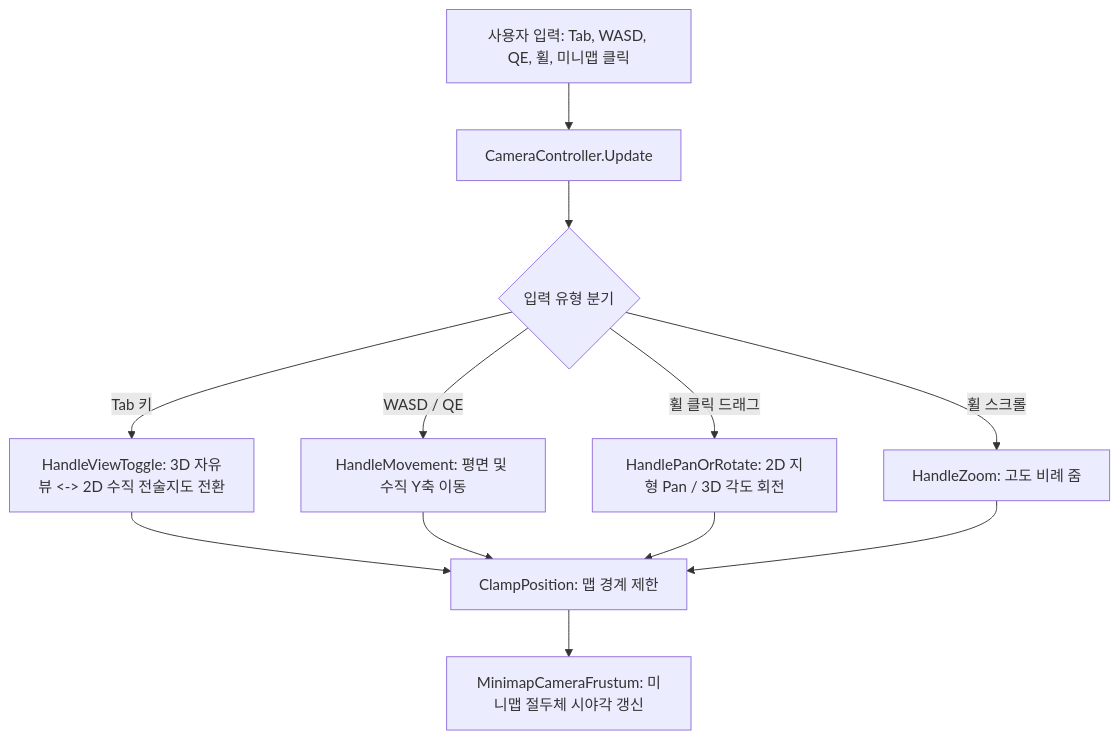
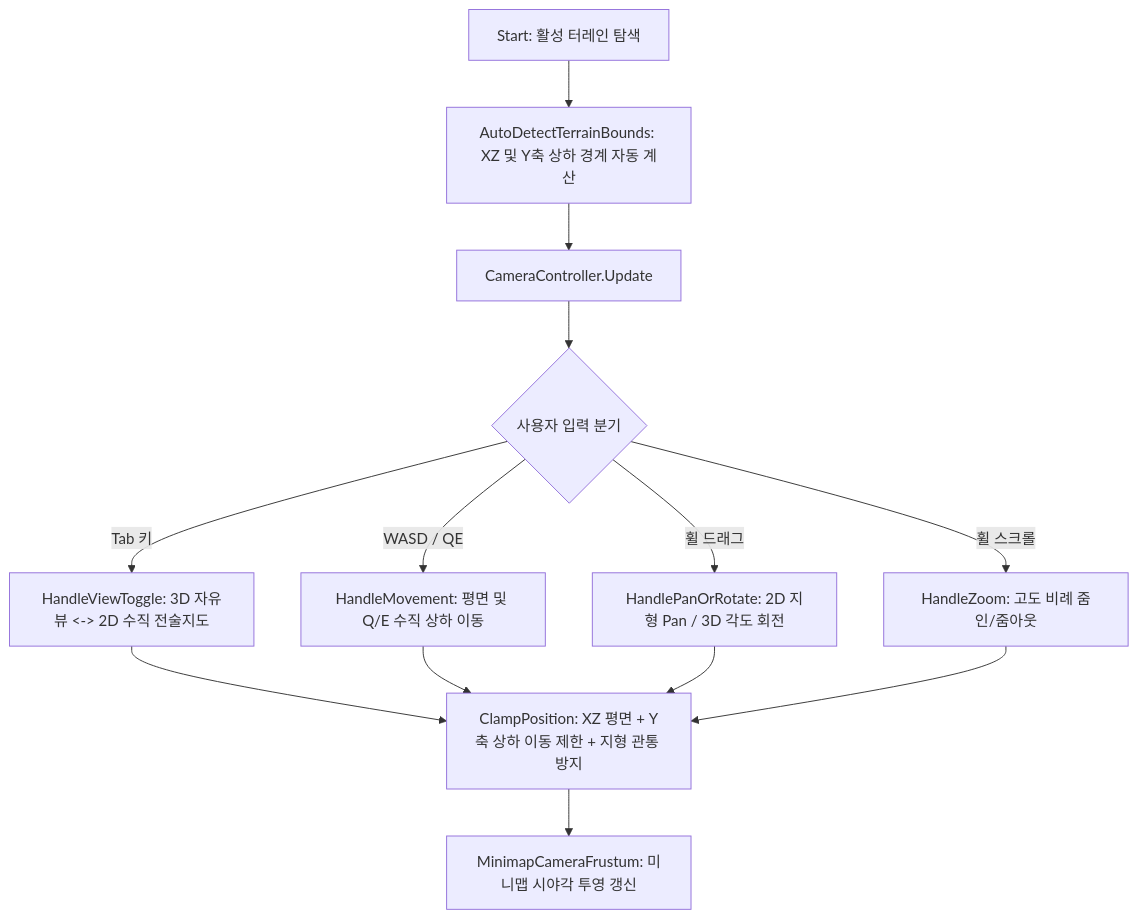
Before and after one commit to rbdud1216-source/MiniTotalWar2D: the diagram in Docs/CameraController.md, drawn with Mermaid. The commit also changed other lines of this file and 4490 other files, not shown here.

````diff
--- a/Docs/CameraController.md
+++ b/Docs/CameraController.md
@@ -48,14 +48,15 @@
 ```mermaid
 flowchart TD
-    A[사용자 입력: Tab, WASD, QE, 휠, 미니맵 클릭] --> B[CameraController.Update]
-    B --> C{입력 유형 분기}
-    C -- Tab 키 --> D[HandleViewToggle: 3D 자유뷰 <-> 2D 수직 전술지도 전환]
-    C -- WASD / QE --> E[HandleMovement: 평면 및 수직 Y축 이동]
-    C -- 휠 클릭 드래그 --> F[HandlePanOrRotate: 2D 지형 Pan / 3D 각도 회전]
-    C -- 휠 스크롤 --> G[HandleZoom: 고도 비례 줌]
-    D --> H[ClampPosition: 맵 경계 제한]
-    E --> H
-    F --> H
-    G --> H
-    H --> I[MinimapCameraFrustum: 미니맵 절두체 시야각 갱신]
+    A[Start: 활성 터레인 탐색] --> B[AutoDetectTerrainBounds: XZ 및 Y축 상하 경계 자동 계산]
+    B --> C[CameraController.Update]
+    C --> D{사용자 입력 분기}
+    D -- Tab 키 --> E[HandleViewToggle: 3D 자유뷰 <-> 2D 수직 전술지도]
+    D -- WASD / QE --> F[HandleMovement: 평면 및 Q/E 수직 상하 이동]
+    D -- 휠 드래그 --> G[HandlePanOrRotate: 2D 지형 Pan / 3D 각도 회전]
+    D -- 휠 스크롤 --> H[HandleZoom: 고도 비례 줌인/줌아웃]
+    E --> I[ClampPosition: XZ 평면 + Y축 상하 이동 제한 + 지형 관통 방지]
+    F --> I
+    G --> I
+    H --> I
+    I --> J[MinimapCameraFrustum: 미니맵 시야각 투영 갱신]
 ```
````
